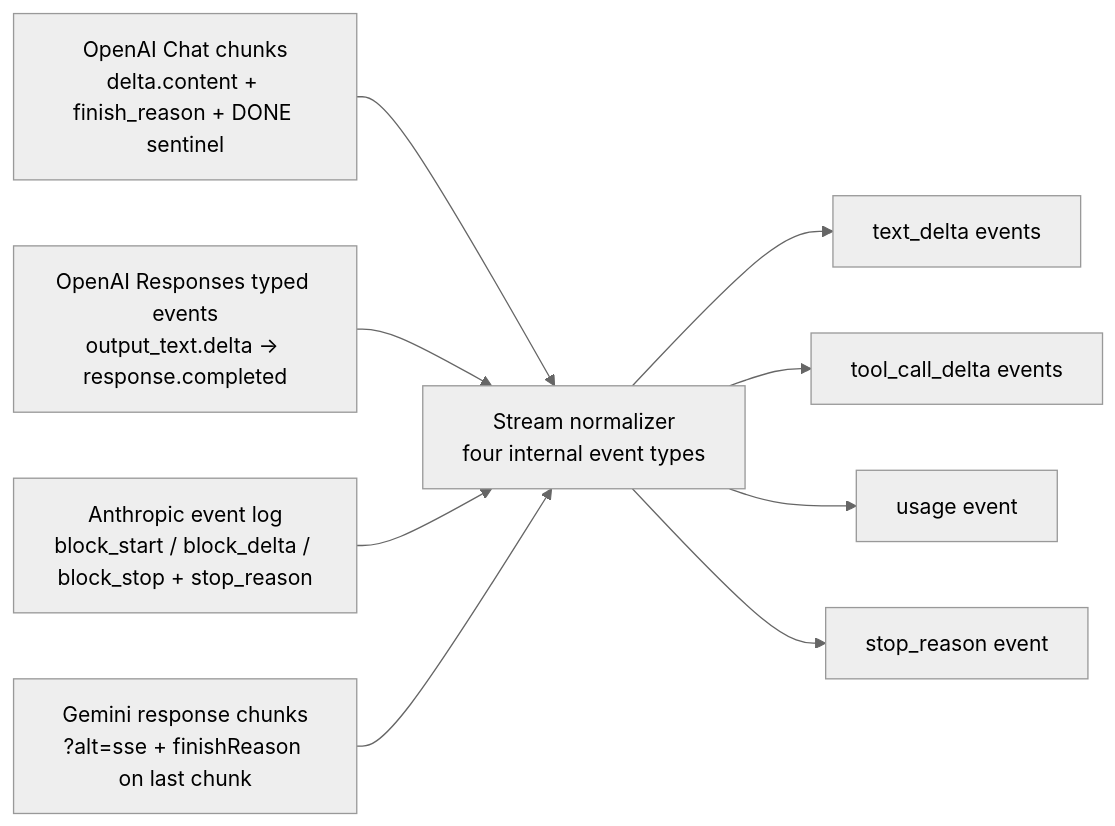
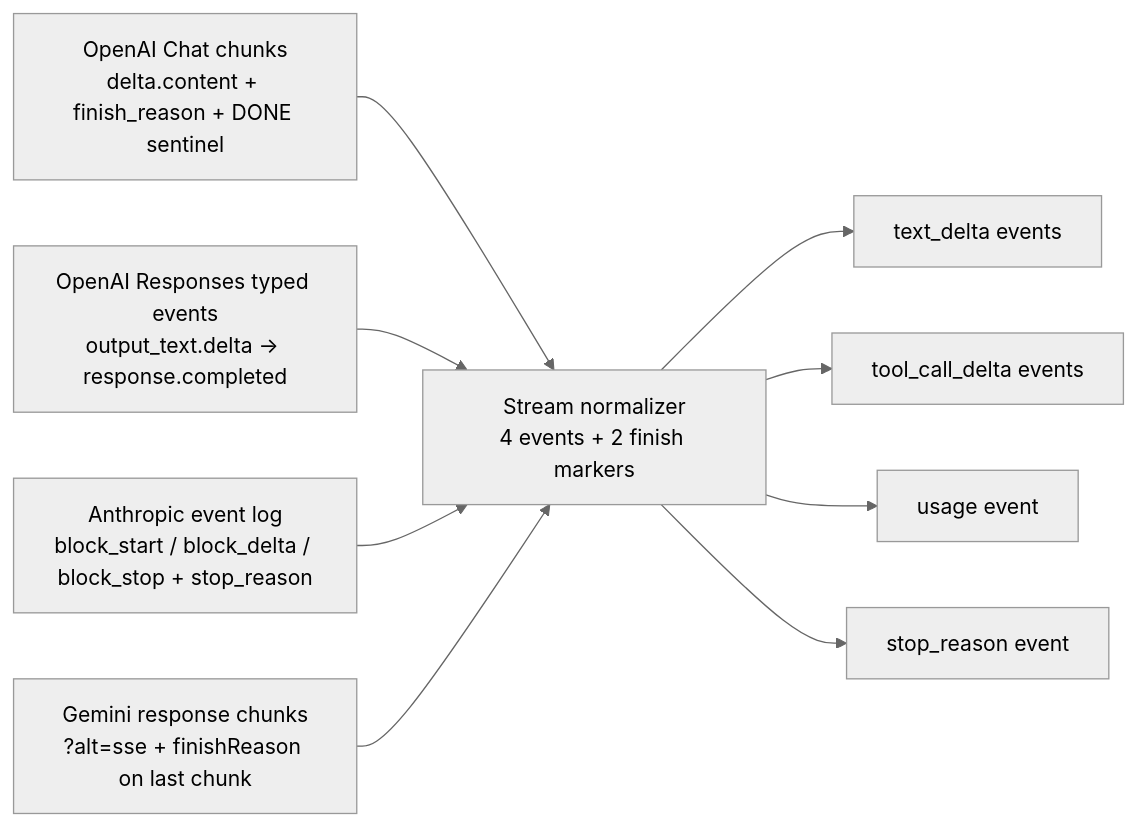
Before and after one commit to arbazkhan971/inference-engineering-book: the first of 2 diagrams in manuscript/12-the-streaming-contract.md, drawn with Mermaid (neutral theme). The commit also changed other lines of this file and 11 other files, not shown here.

Commit message:
gate-6: wave-1 P1 fix pass (5/5 — ch03 batched-aggregate relabel, ch04 Anthropic pricing aligned, SchemaGuard de-attributed, ch12/D event counts + usage cache-write bucket; fig 12-m1 re-rendered) — seal re-opened, 11 P2s queued

````diff
--- a/manuscript/12-the-streaming-contract.md
+++ b/manuscript/12-the-streaming-contract.md
@@ -46,15 +46,15 @@
 ```mermaid
 graph LR
     A[OpenAI Chat chunks<br/>delta.content + finish_reason + DONE sentinel]
     R[OpenAI Responses typed events<br/>output_text.delta → response.completed]
     B[Anthropic event log<br/>block_start / block_delta / block_stop + stop_reason]
     C[Gemini response chunks<br/>?alt=sse + finishReason on last chunk]
-    A --> N[Stream normalizer<br/>four internal event types]
+    A --> N[Stream normalizer<br/>4 events + 2 finish markers]
     R --> N
     B --> N
     C --> N
     N --> T[text_delta events]
     N --> U[tool_call_delta events]
     N --> V[usage event]
     N --> W[stop_reason event]
 ```
````
